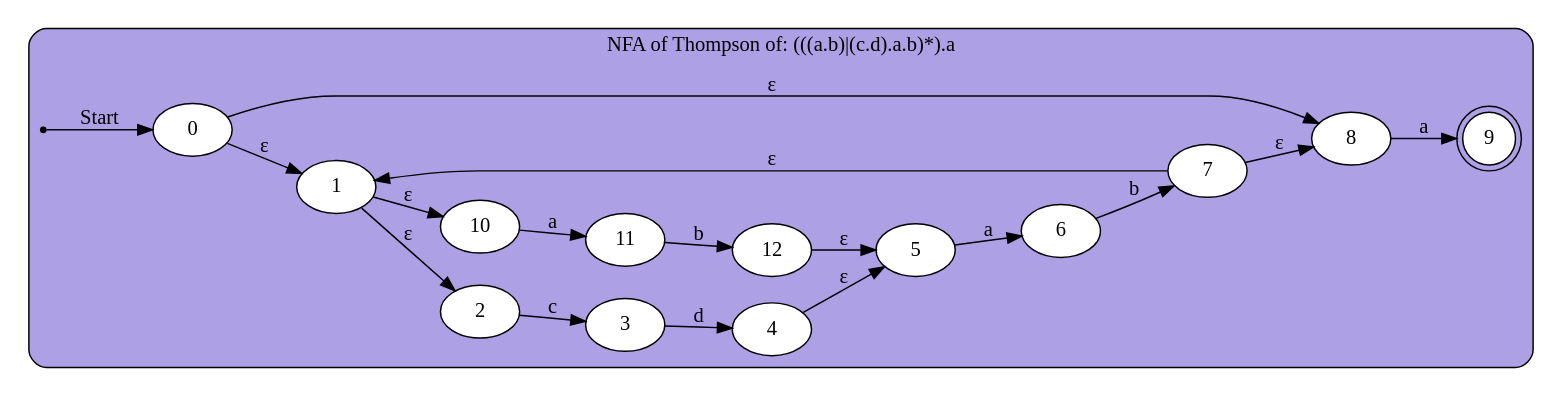
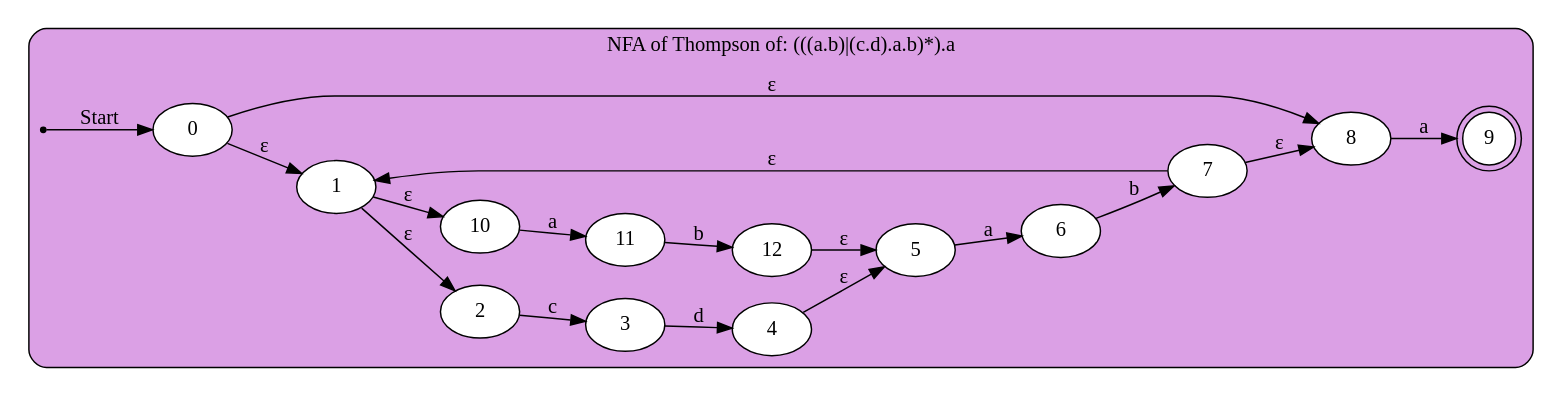
One commit to Andresrodart/Practicas changed the diagram in Compiladores/digraph finite_state_machine.dot. Above: the diagram before and after it, drawn with Graphviz.

```diff
--- a/Compiladores/digraph finite_state_machine.dot
+++ b/Compiladores/digraph finite_state_machine.dot
@@ -1,31 +1,30 @@
-
 digraph finite_state_machine{
     rankdir=LR;
     subgraph cluster{
         style = "rounded,filled";
         color = "#000000";
-        fillcolor = "0.698 0.3 0.9";
+        fillcolor = "0.809 0.3 0.9";
         node [shape = point ] qi;
         node [style = "rounded,filled", color = "#000000", fillcolor = white, shape = doublecircle] 9;
         node [style = "rounded,filled", color = "#000000", fillcolor = white, shape="oval"];
         qi -> 0 [ label = "Start" ];
         0 -> 1 [ label = "&epsilon;" ];
         0 -> 8 [ label = "&epsilon;" ];
         1 -> 2 [ label = "&epsilon;" ];
         1 -> 10 [ label = "&epsilon;" ];
         2 -> 3 [ label = "c" ];
         3 -> 4 [ label = "d" ];
         4 -> 5 [ label = "&epsilon;" ];
         5 -> 6 [ label = "a" ];
         6 -> 7 [ label = "b" ];
         7 -> 8 [ label = "&epsilon;" ];
         7 -> 1 [ label = "&epsilon;" ];
         8 -> 9 [ label = "a" ];
         10 -> 11 [ label = "a" ];
         11 -> 12 [ label = "b" ];
         12 -> 5 [ label = "&epsilon;" ];
         label = "NFA of Thompson of: (((a.b)|(c.d).a.b)*).a";
     }
 }
 //dot -Tpng elemplo.gv > salida.png
 //((struct Thompson *)0xb34f90)->expression
```
